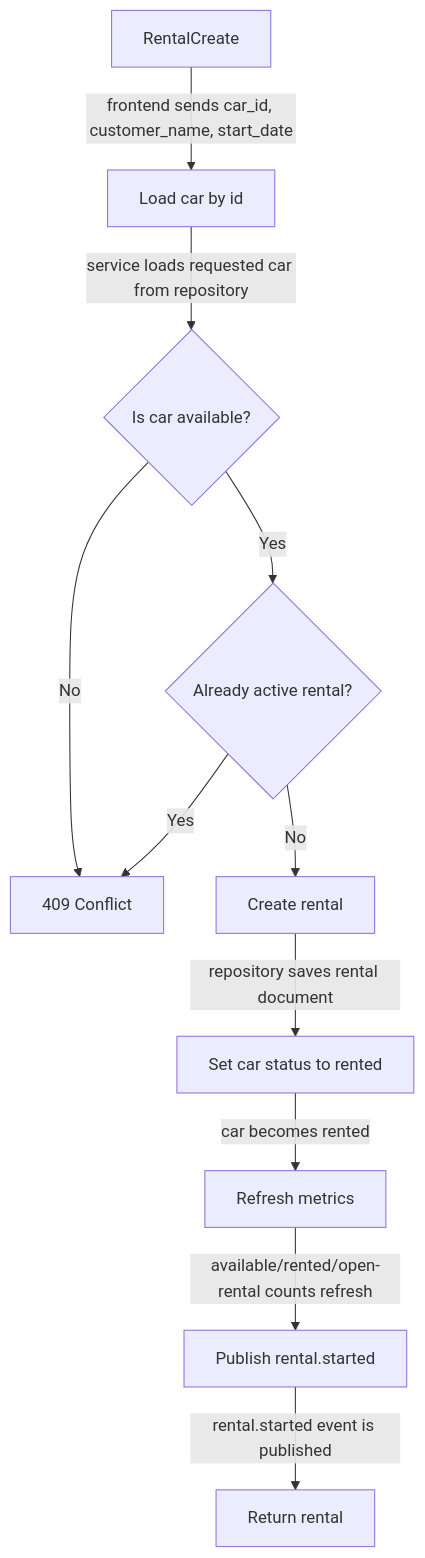
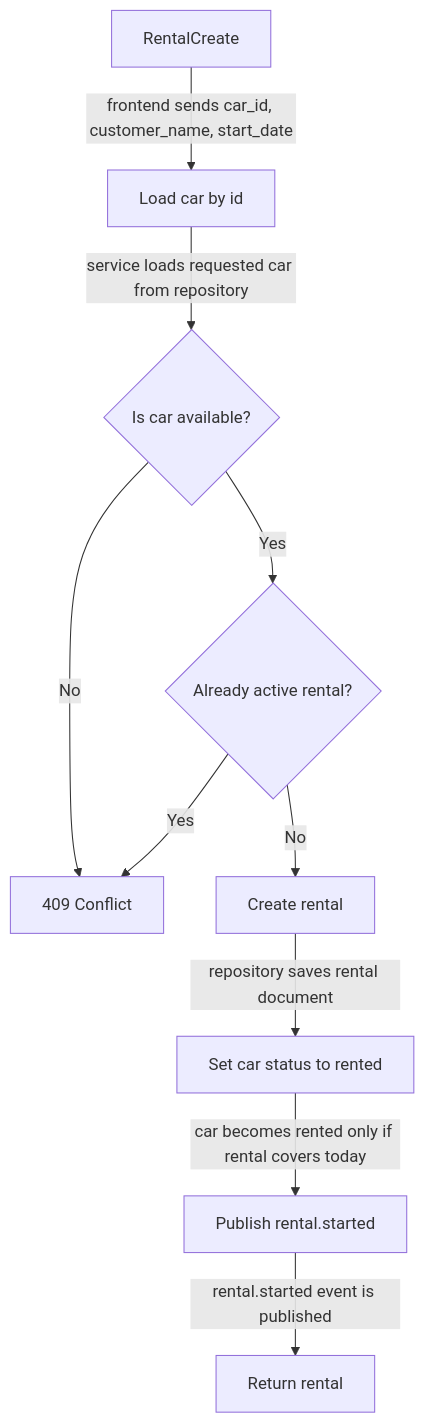
Before and after one commit to YonatanMoshes/Rental: the fifth of 15 diagrams in README.md, drawn with Mermaid. The commit also changed other lines of this file and 7 other files, not shown here.

````diff
--- a/README.md
+++ b/README.md
@@ -290,23 +289,21 @@
 ```mermaid
 flowchart TB
     Request["RentalCreate"]
     LoadCar["Load car by id"]
     CheckStatus{"Is car available?"}
     CheckActive{"Already active rental?"}
     CreateRental["Create rental"]
     UpdateCar["Set car status to rented"]
-    Metrics["Refresh metrics"]
     Queue["Publish rental.started"]
     Response["Return rental"]
 
     Request -->|"frontend sends car_id, customer_name, start_date"| LoadCar
     LoadCar -->|"service loads requested car from repository"| CheckStatus
     CheckStatus -->|No| Reject["409 Conflict"]
     CheckStatus -->|Yes| CheckActive
     CheckActive -->|Yes| Reject
     CheckActive -->|No| CreateRental
     CreateRental -->|"repository saves rental document"| UpdateCar
-    UpdateCar -->|"car becomes rented"| Metrics
-    Metrics -->|"available/rented/open-rental counts refresh"| Queue
+    UpdateCar -->|"car becomes rented only if rental covers today"| Queue
     Queue -->|"rental.started event is published"| Response
 ```
````
